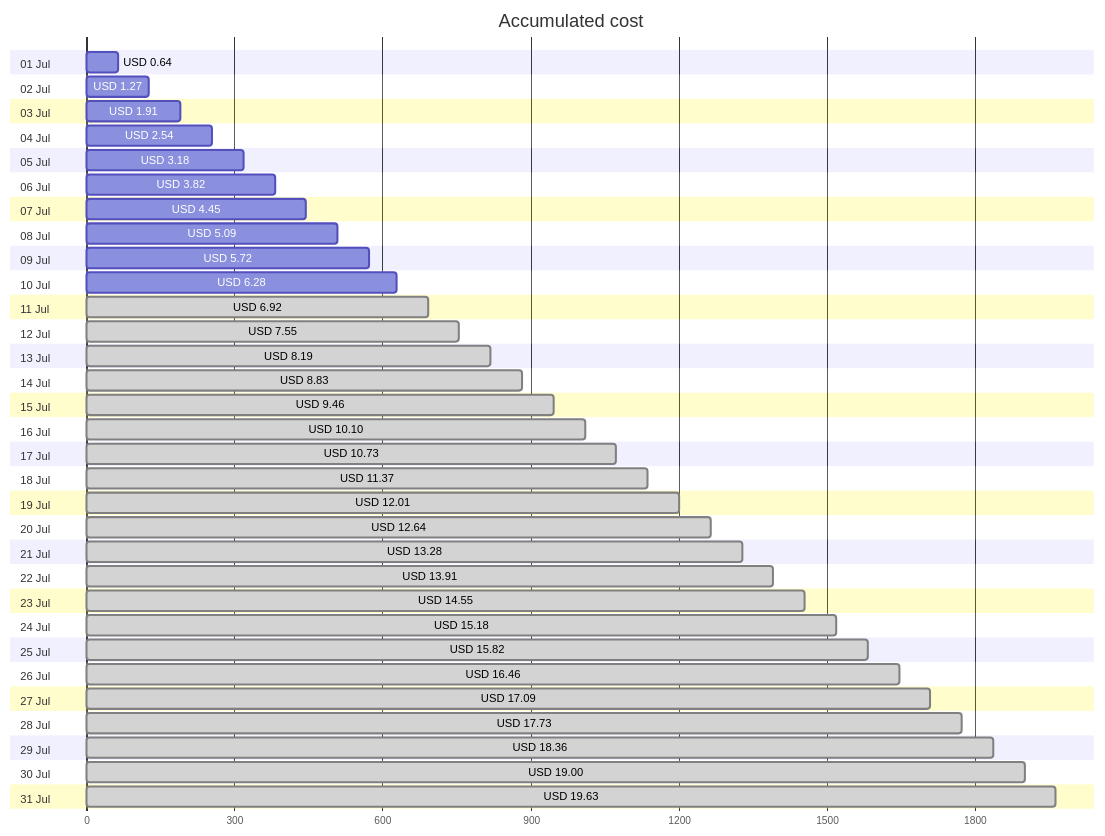
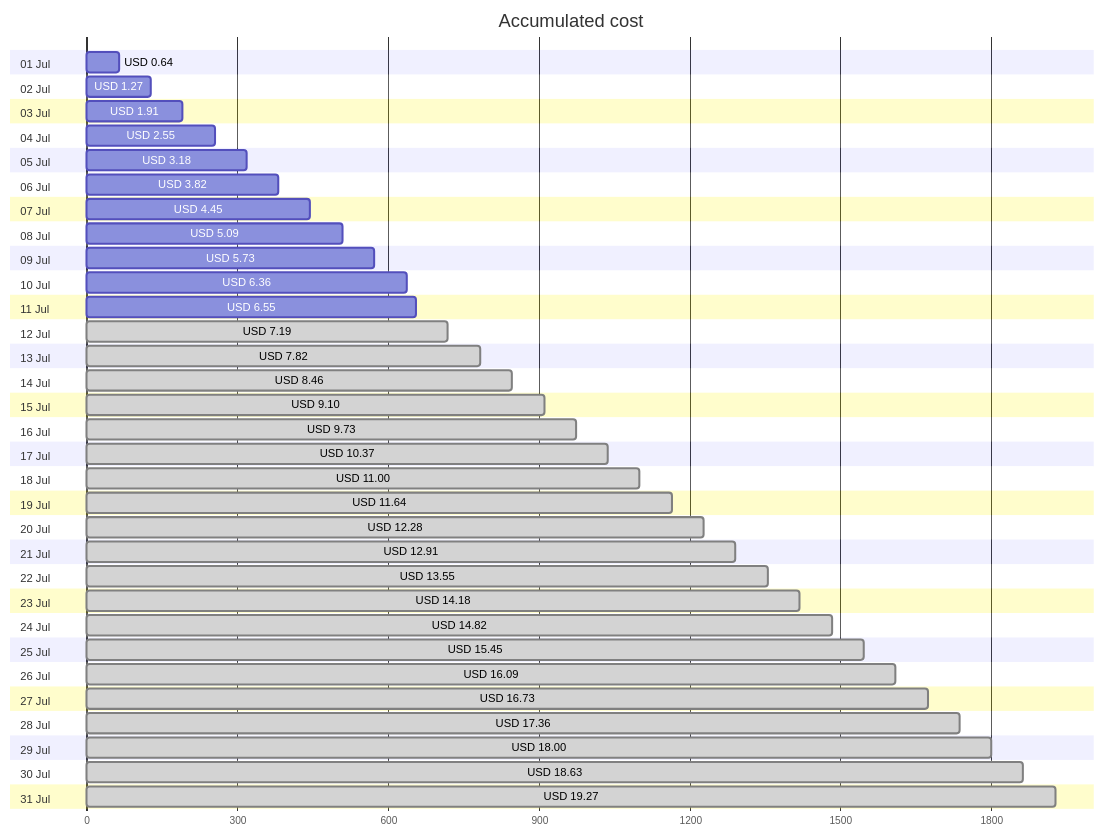
Before and after one commit to jpfulton/azure-personal-reports: the first of 4 diagrams in cost-reports/accumulated-cost.md, drawn with Mermaid. The commit also changed other lines of this file and 4 other files, not shown here.

````diff
--- a/cost-reports/accumulated-cost.md
+++ b/cost-reports/accumulated-cost.md
@@ -20,68 +20,68 @@
 ```mermaid
 gantt
    title Accumulated cost
    dateFormat  X
    axisFormat %s
    section 01 Jul
    USD 0.64 :0, 64
    section 02 Jul
    USD 1.27 :0, 127
    section 03 Jul
    USD 1.91 :0, 191
    section 04 Jul
-   USD 2.54 :0, 254
+   USD 2.55 :0, 255
    section 05 Jul
    USD 3.18 :0, 318
    section 06 Jul
    USD 3.82 :0, 382
    section 07 Jul
    USD 4.45 :0, 445
    section 08 Jul
    USD 5.09 :0, 509
    section 09 Jul
-   USD 5.72 :0, 572
+   USD 5.73 :0, 573
    section 10 Jul
-   USD 6.28 :0, 628
+   USD 6.36 :0, 636
    section 11 Jul
-   USD 6.92 : done, 0, 692
+   USD 6.55 :0, 655
    section 12 Jul
-   USD 7.55 : done, 0, 755
+   USD 7.19 : done, 0, 719
    section 13 Jul
-   USD 8.19 : done, 0, 819
+   USD 7.82 : done, 0, 782
    section 14 Jul
-   USD 8.83 : done, 0, 883
+   USD 8.46 : done, 0, 846
    section 15 Jul
-   USD 9.46 : done, 0, 946
+   USD 9.10 : done, 0, 910
    section 16 Jul
-   USD 10.10 : done, 0, 1010
+   USD 9.73 : done, 0, 973
    section 17 Jul
-   USD 10.73 : done, 0, 1073
+   USD 10.37 : done, 0, 1037
    section 18 Jul
-   USD 11.37 : done, 0, 1137
+   USD 11.00 : done, 0, 1100
    section 19 Jul
-   USD 12.01 : done, 0, 1201
+   USD 11.64 : done, 0, 1164
    section 20 Jul
-   USD 12.64 : done, 0, 1264
+   USD 12.28 : done, 0, 1228
    section 21 Jul
-   USD 13.28 : done, 0, 1328
+   USD 12.91 : done, 0, 1291
    section 22 Jul
-   USD 13.91 : done, 0, 1391
+   USD 13.55 : done, 0, 1355
    section 23 Jul
-   USD 14.55 : done, 0, 1455
+   USD 14.18 : done, 0, 1418
    section 24 Jul
-   USD 15.18 : done, 0, 1518
+   USD 14.82 : done, 0, 1482
    section 25 Jul
-   USD 15.82 : done, 0, 1582
+   USD 15.45 : done, 0, 1545
    section 26 Jul
-   USD 16.46 : done, 0, 1646
+   USD 16.09 : done, 0, 1609
    section 27 Jul
-   USD 17.09 : done, 0, 1709
+   USD 16.73 : done, 0, 1673
    section 28 Jul
-   USD 17.73 : done, 0, 1773
+   USD 17.36 : done, 0, 1736
    section 29 Jul
-   USD 18.36 : done, 0, 1836
+   USD 18.00 : done, 0, 1800
    section 30 Jul
-   USD 19.00 : done, 0, 1900
+   USD 18.63 : done, 0, 1863
    section 31 Jul
-   USD 19.63 : done, 0, 1963
+   USD 19.27 : done, 0, 1927
 ```
````
